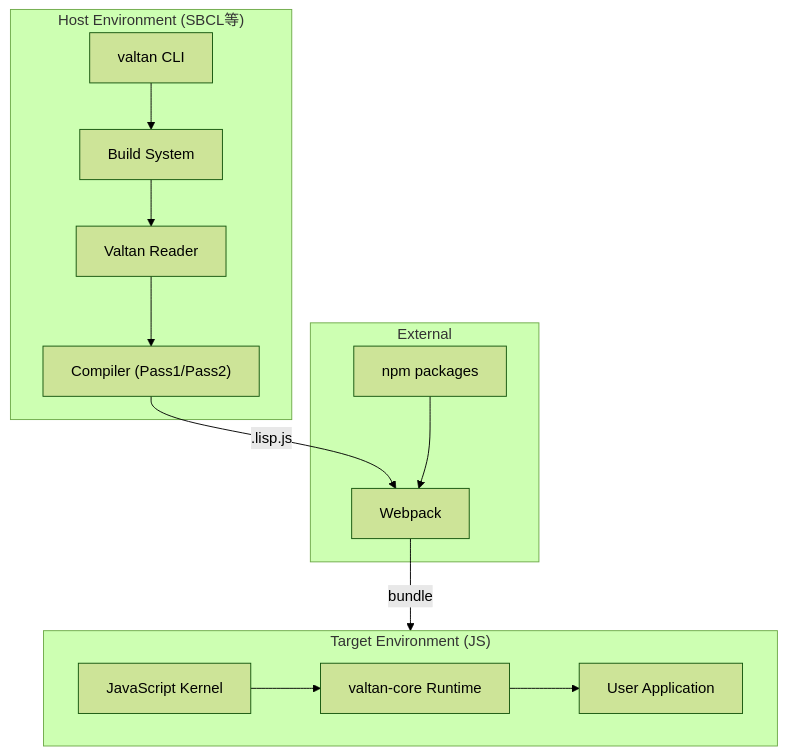
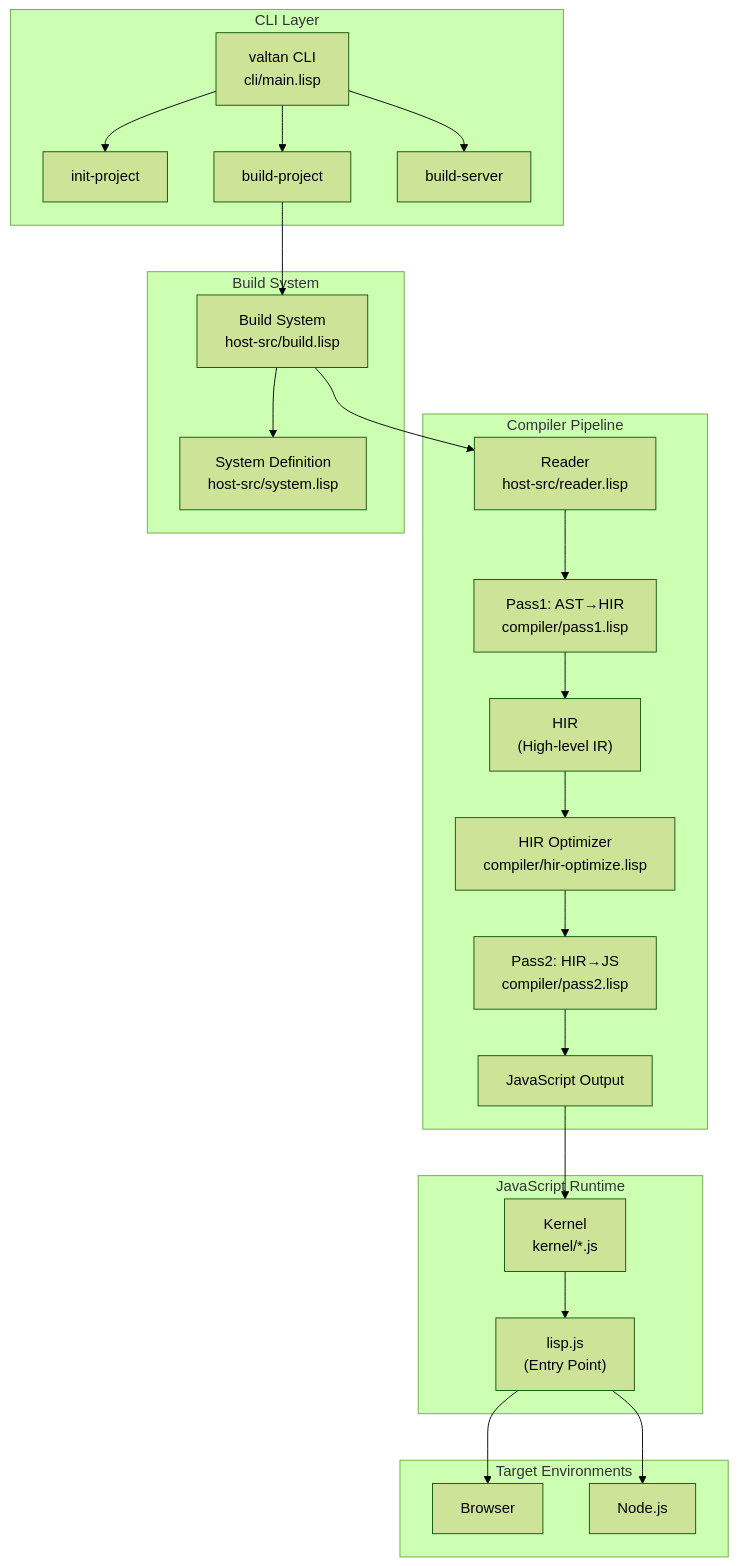
The first of 2 diagrams in ARCHITECTURE.md (cxxxr/valtan), drawn with Mermaid (forest theme) before and after one commit. The commit also changed other lines of this file, not shown here.

Commit message:
docs: update ARCHITECTURE.md with detailed compiler internals

````diff
--- a/ARCHITECTURE.md
+++ b/ARCHITECTURE.md
@@ -28,29 +31,51 @@
 ```mermaid
 flowchart TB
-    subgraph Host["Host Environment (SBCL等)"]
-        CLI["valtan CLI"]
-        Reader["Valtan Reader"]
-        Compiler["Compiler (Pass1/Pass2)"]
-        BuildSystem["Build System"]
+    subgraph CLI["CLI Layer"]
+        main["valtan CLI<br/>cli/main.lisp"]
+        init["init-project"]
+        build["build-project"]
+        server["build-server"]
     end
 
-    subgraph Target["Target Environment (JS)"]
-        Kernel["JavaScript Kernel"]
-        Runtime["valtan-core Runtime"]
-        UserApp["User Application"]
+    subgraph Compiler["Compiler Pipeline"]
+        reader["Reader<br/>host-src/reader.lisp"]
+        pass1["Pass1: AST→HIR<br/>compiler/pass1.lisp"]
+        hir["HIR<br/>(High-level IR)"]
+        optimize["HIR Optimizer<br/>compiler/hir-optimize.lisp"]
+        pass2["Pass2: HIR→JS<br/>compiler/pass2.lisp"]
+        js_out["JavaScript Output"]
     end
 
-    subgraph External["External"]
-        Webpack["Webpack"]
-        NPM["npm packages"]
+    subgraph Runtime["JavaScript Runtime"]
+        kernel["Kernel<br/>kernel/*.js"]
+        lisp_js["lisp.js<br/>(Entry Point)"]
     end
 
-    CLI --> BuildSystem
-    BuildSystem --> Reader
-    Reader --> Compiler
-    Compiler --> |".lisp.js"| Webpack
-    Kernel --> Runtime
-    Runtime --> UserApp
-    Webpack --> |"bundle"| Target
-    NPM --> Webpack
+    subgraph System["Build System"]
+        system["System Definition<br/>host-src/system.lisp"]
+        build_sys["Build System<br/>host-src/build.lisp"]
+    end
+
+    subgraph Target["Target Environments"]
+        browser["Browser"]
+        node["Node.js"]
+    end
+
+    main --> init
+    main --> build
+    main --> server
+
+    build --> build_sys
+    build_sys --> system
+    build_sys --> reader
+    reader --> pass1
+    pass1 --> hir
+    hir --> optimize
+    optimize --> pass2
+    pass2 --> js_out
+
+    js_out --> kernel
+    kernel --> lisp_js
+    lisp_js --> browser
+    lisp_js --> node
 ```
````
